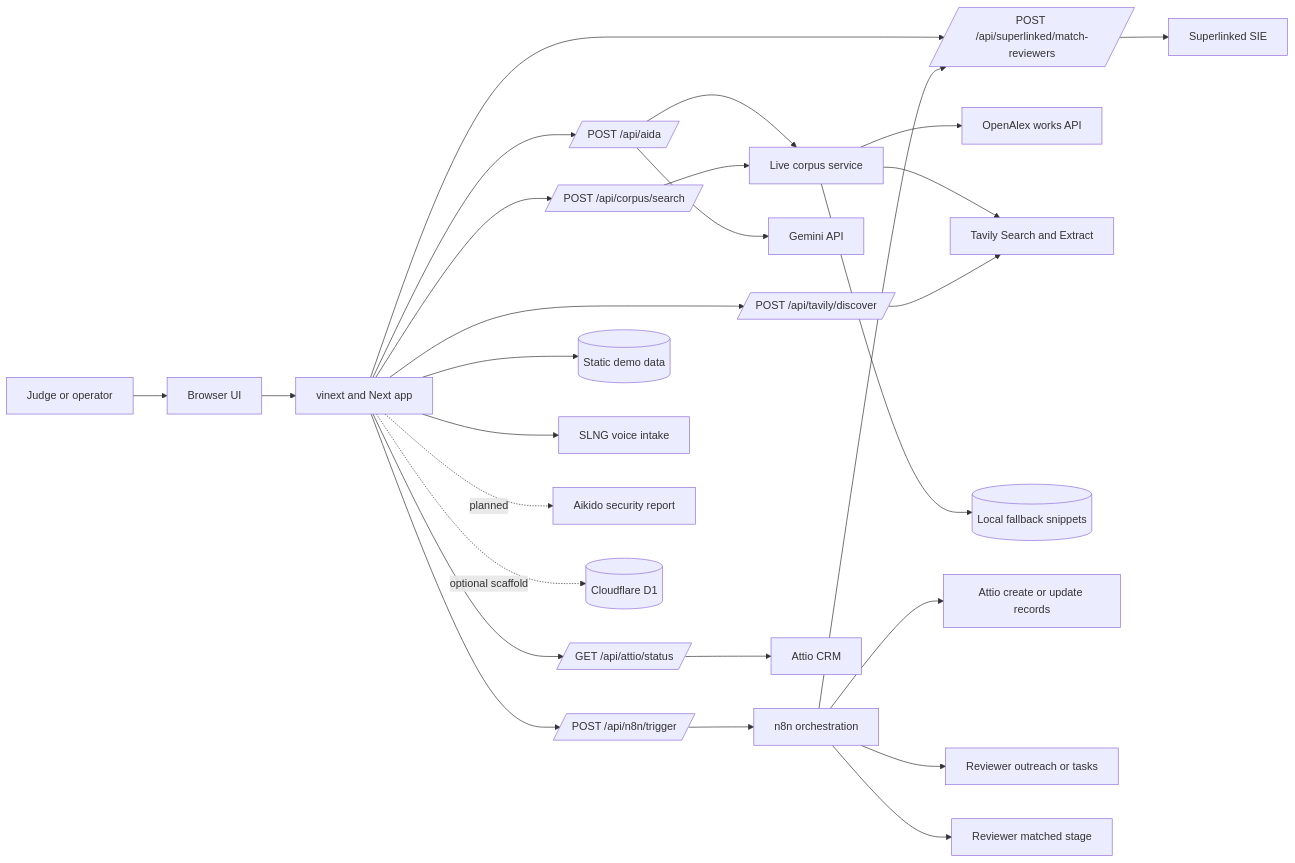
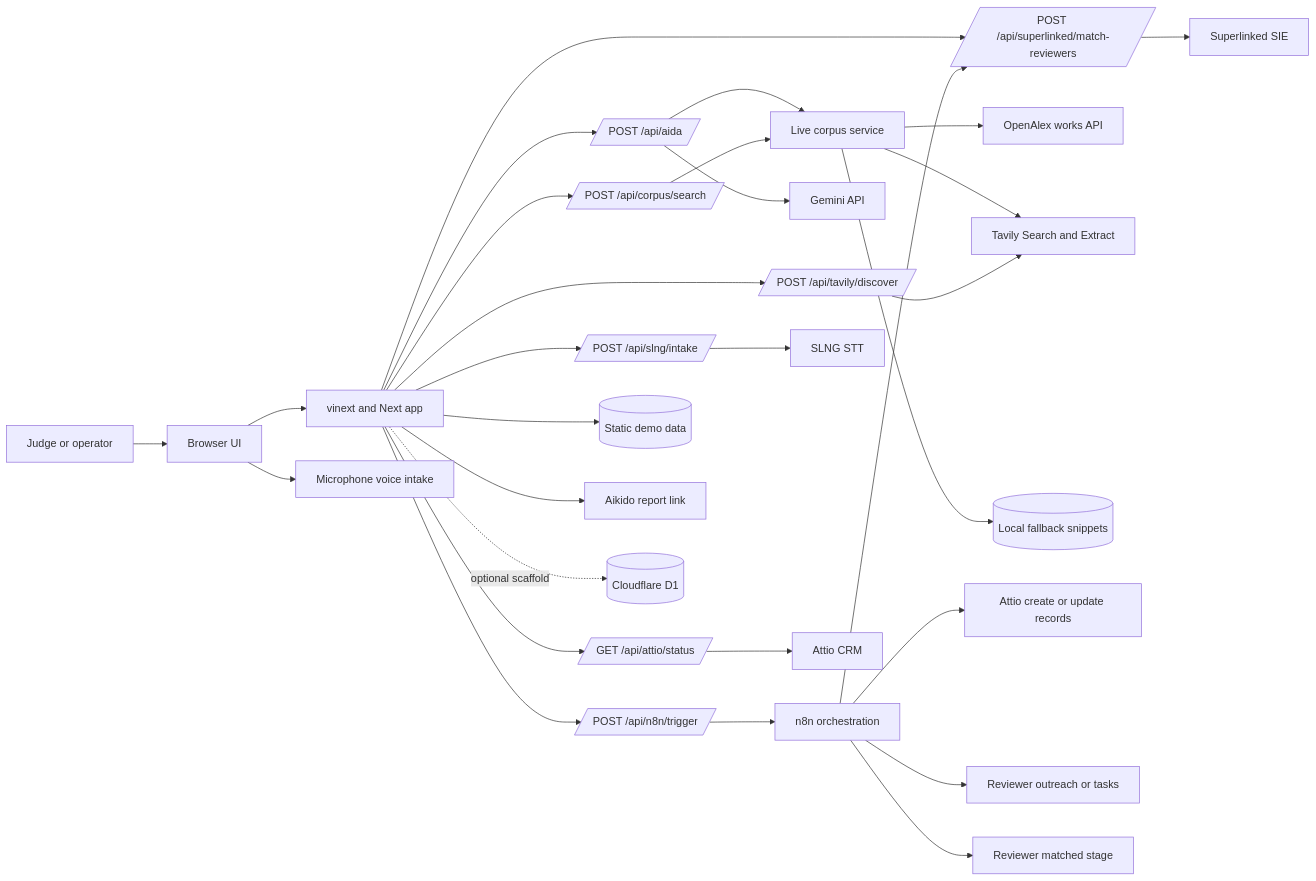
Before and after one commit to MasteraSnackin/Peerflow: the diagram in ARCHITECTURE.md, drawn with Mermaid. The commit also changed other lines of this file, not shown here.

Commit message:
Update architecture for SLNG voice intake

````diff
--- a/ARCHITECTURE.md
+++ b/ARCHITECTURE.md
@@ -45,29 +45,31 @@
 ```mermaid
 flowchart LR
   Judge[Judge or operator] --> Browser[Browser UI]
   Browser --> App[vinext and Next app]
   App --> AidaRoute[/POST /api/aida/]
   App --> CorpusRoute[/POST /api/corpus/search/]
   App --> MatchRoute[/POST /api/superlinked/match-reviewers/]
   App --> AttioRoute[/GET /api/attio/status/]
   App --> N8nRoute[/POST /api/n8n/trigger/]
   App --> TavilyRoute[/POST /api/tavily/discover/]
+  App --> SlngRoute[/POST /api/slng/intake/]
   App --> StaticData[(Static demo data)]
   AidaRoute --> CorpusService[Live corpus service]
   CorpusRoute --> CorpusService
   CorpusService --> OpenAlex[OpenAlex works API]
   CorpusService --> Tavily[Tavily Search and Extract]
   CorpusService --> Fallback[(Local fallback snippets)]
   AidaRoute --> Gemini[Gemini API]
   N8nRoute --> N8N[n8n orchestration]
   N8N --> AttioWrite[Attio create or update records]
   N8N --> MatchRoute
   N8N --> Outreach[Reviewer outreach or tasks]
   N8N --> Stage[Reviewer matched stage]
   MatchRoute --> SIE[Superlinked SIE]
+  SlngRoute --> SLNG[SLNG STT]
   AttioRoute --> Attio[Attio CRM]
   TavilyRoute --> Tavily
-  App --> SLNG[SLNG voice intake]
-  App -. planned .-> Aikido[Aikido security report]
+  Browser --> Voice[Microphone voice intake]
+  App --> Aikido[Aikido report link]
   App -. optional scaffold .-> D1[(Cloudflare D1)]
 ```
````
